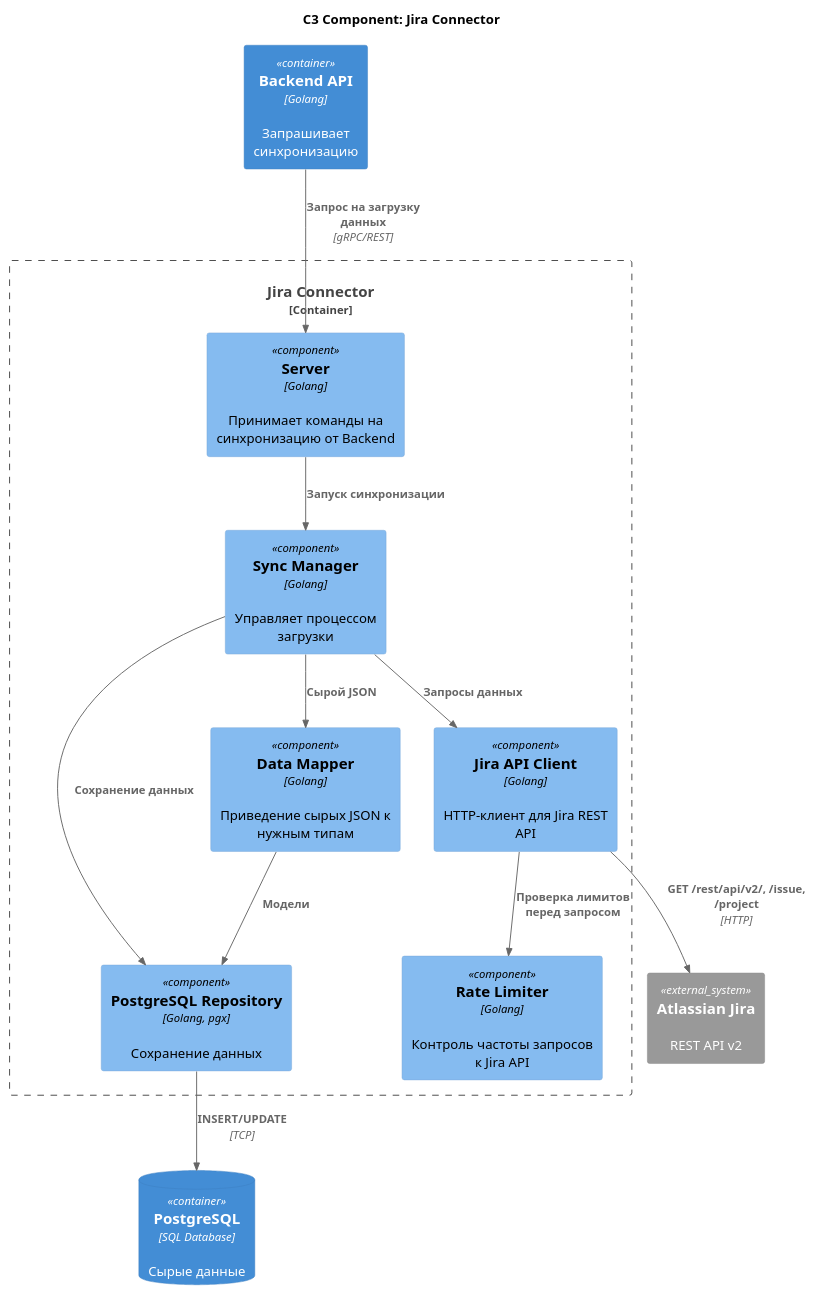
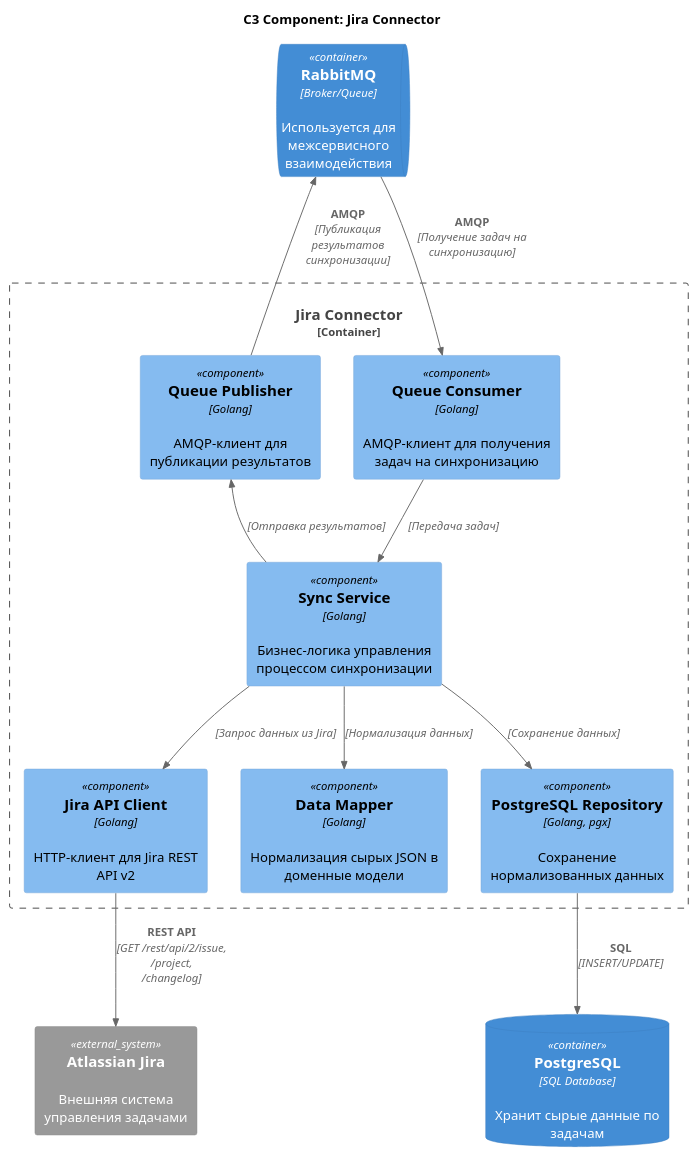
One commit to Go-Yadro-Group-1/docs changed the diagram in diagramm/C3/connector_component.puml. Above: the diagram before and after it, drawn with PlantUML. The commit also changed 1 other file, not shown here.

Commit message:
add connector component diagramm

```diff
--- a/diagramm/C3/connector_component.puml
+++ b/diagramm/C3/connector_component.puml
@@ -1,37 +1,34 @@
 @startuml
 !include https://raw.githubusercontent.com/plantuml-stdlib/C4-PlantUML/master/C4_Component.puml
 
 title C3 Component: Jira Connector
 
 Container_Boundary(connector, "Jira Connector") {
-    Component(grpc_server, "Server", "Golang", "Принимает команды на синхронизацию от Backend")
+    Component(queue_consumer, "Queue Consumer", "Golang", "AMQP-клиент для получения задач на синхронизацию")
+    Component(queue_publisher, "Queue Publisher", "Golang", "AMQP-клиент для публикации результатов")
 
-    Component(sync_manager, "Sync Manager", "Golang", "Управляет процессом загрузки")
+    Component(sync_service, "Sync Service", "Golang", "Бизнес-логика управления процессом синхронизации")
 
-    Component(jira_client, "Jira API Client", "Golang", "HTTP-клиент для Jira REST API")
-
-    Component(rate_limiter, "Rate Limiter", "Golang", "Контроль частоты запросов к Jira API")
-
-    Component(mapper, "Data Mapper", "Golang", "Приведение сырых JSON к нужным типам")
-
-    Component(postgres_repo, "PostgreSQL Repository", "Golang, pgx", "Сохранение данных")
+    Component(jira_client, "Jira API Client", "Golang", "HTTP-клиент для Jira REST API v2")
+    Component(data_mapper, "Data Mapper", "Golang", "Нормализация сырых JSON в доменные модели")
+    Component(postgres_repo, "PostgreSQL Repository", "Golang, pgx", "Сохранение нормализованных данных")
 }
 
-Container(backend, "Backend API", "Golang", "Запрашивает синхронизацию")
-ContainerDb(postgres, "PostgreSQL", "SQL Database", "Сырые данные")
-System_Ext(jira, "Atlassian Jira", "REST API v2")
+ContainerQueue(queue, "RabbitMQ", "Broker/Queue", "Используется для межсервисного взаимодействия")
+ContainerDb(postgres, "PostgreSQL", "SQL Database", "Хранит сырые данные по задачам")
+System_Ext(jira, "Atlassian Jira", "Внешняя система управления задачами")
 
-Rel(backend, grpc_server, "Запрос на загрузку данных", "gRPC/REST")
-Rel(grpc_server, sync_manager, "Запуск синхронизации")
+Rel_U(queue, queue_consumer, "AMQP", "Получение задач на синхронизацию")
+Rel_D(queue_consumer, sync_service, "", "Передача задач")
 
-Rel(sync_manager, jira_client, "Запросы данных")
-Rel(sync_manager, mapper, "Сырой JSON")
-Rel(sync_manager, postgres_repo, "Сохранение данных")
+Rel_D(sync_service, jira_client, "", "Запрос данных из Jira")
+Rel_D(jira_client, jira, "REST API", "GET /rest/api/2/issue, /project, /changelog")
+Rel_D(sync_service, data_mapper, "", "Нормализация данных")
+Rel_D(sync_service, postgres_repo, "", "Сохранение данных")
+Rel_U(sync_service, queue_publisher, "", "Отправка результатов")
 
-Rel(jira_client, rate_limiter, "Проверка лимитов перед запросом")
-Rel(jira_client, jira, "GET /rest/api/v2/, /issue, /project", "HTTP")
+Rel_D(postgres_repo, postgres, "SQL", "INSERT/UPDATE")
 
-Rel(mapper, postgres_repo, "Модели")
-Rel(postgres_repo, postgres, "INSERT/UPDATE", "TCP")
+Rel_U(queue_publisher, queue, "AMQP", "Публикация результатов синхронизации")
 
 @enduml
```
